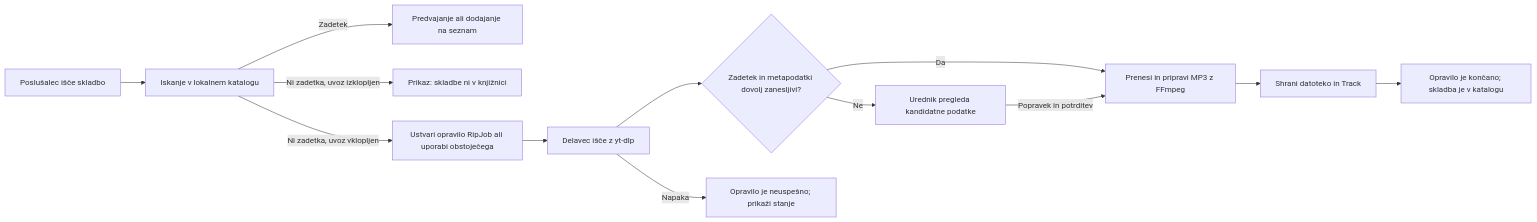
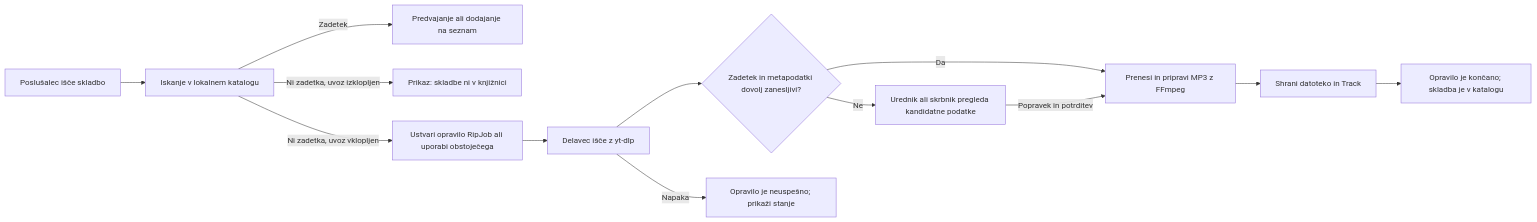
One commit to nacoraco/Soundroom changed the diagram in docs/02-funkcionalnosti-in-obseg.md. Above: the diagram before and after it, drawn with Mermaid. The commit also changed other lines of this file and 9 other files, not shown here.

````diff
--- a/docs/02-funkcionalnosti-in-obseg.md
+++ b/docs/02-funkcionalnosti-in-obseg.md
@@ -37,15 +37,15 @@
 ```mermaid
 flowchart LR
     A[Poslušalec išče skladbo] --> B[Iskanje v lokalnem katalogu]
     B -->|Zadetek| C[Predvajanje ali dodajanje na seznam]
     B -->|Ni zadetka, uvoz izklopljen| D[Prikaz: skladbe ni v knjižnici]
     B -->|Ni zadetka, uvoz vklopljen| E[Ustvari opravilo RipJob ali uporabi obstoječega]
     E --> F[Delavec išče z yt-dlp]
     F --> H{Zadetek in metapodatki dovolj zanesljivi?}
     H -->|Da| G[Prenesi in pripravi MP3 z FFmpeg]
     G --> I[Shrani datoteko in Track]
-    H -->|Ne| J[Urednik pregleda kandidatne podatke]
+    H -->|Ne| J[Urednik ali skrbnik pregleda kandidatne podatke]
     I --> K[Opravilo je končano; skladba je v katalogu]
     F -->|Napaka| L[Opravilo je neuspešno; prikaži stanje]
     J -->|Popravek in potrditev| G
 ```
````
